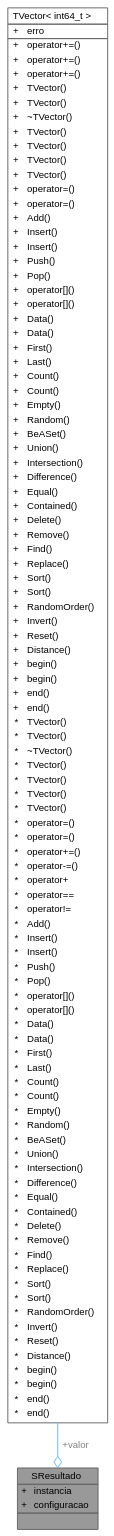
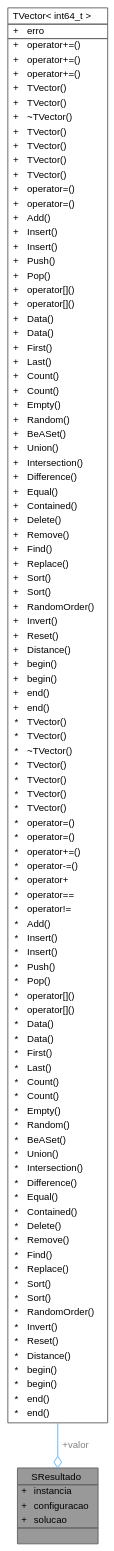
One commit to jcoelho72/TProcura changed the diagram in structSResultado__coll__graph.dot. Above: the diagram before and after it, drawn with Graphviz. The commit also changed 138 other files, not shown here.

```diff
--- a/structSResultado__coll__graph.dot
+++ b/structSResultado__coll__graph.dot
@@ -8,6 +8,7 @@
 <HR/>
 <TR><TD VALIGN="top" CELLPADDING="1" CELLSPACING="0">+</TD><TD VALIGN="top" ALIGN="LEFT" CELLPADDING="1" CELLSPACING="0">instancia<BR ALIGN="LEFT"/></TD></TR>
 <TR><TD VALIGN="top" CELLPADDING="1" CELLSPACING="0">+</TD><TD VALIGN="top" ALIGN="LEFT" CELLPADDING="1" CELLSPACING="0">configuracao<BR ALIGN="LEFT"/></TD></TR>
+<TR><TD VALIGN="top" CELLPADDING="1" CELLSPACING="0">+</TD><TD VALIGN="top" ALIGN="LEFT" CELLPADDING="1" CELLSPACING="0">solucao<BR ALIGN="LEFT"/></TD></TR>
 <HR/>
 <TR><TD COLSPAN="2" CELLPADDING="1" CELLSPACING="0">&nbsp;</TD></TR>
 </TABLE>>
```
